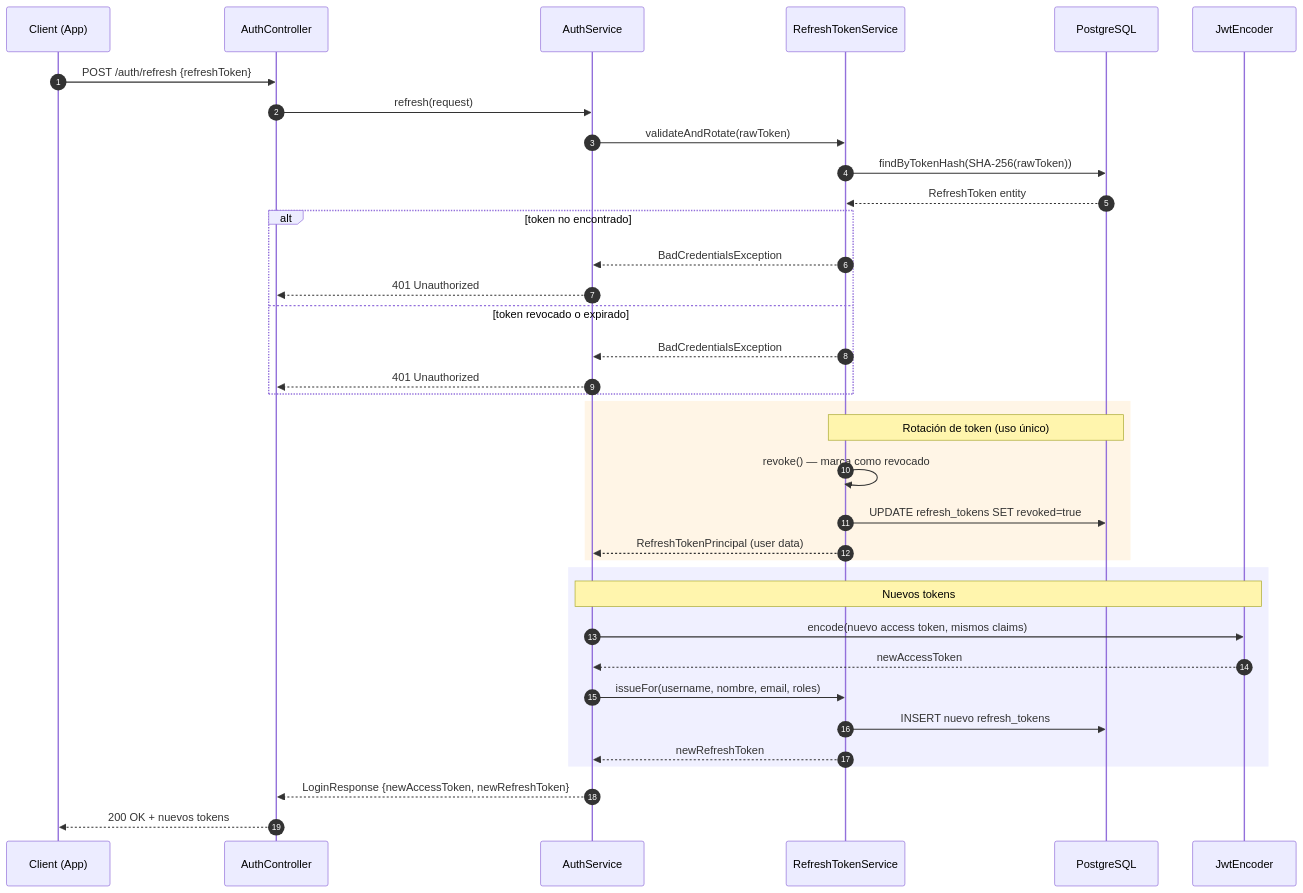
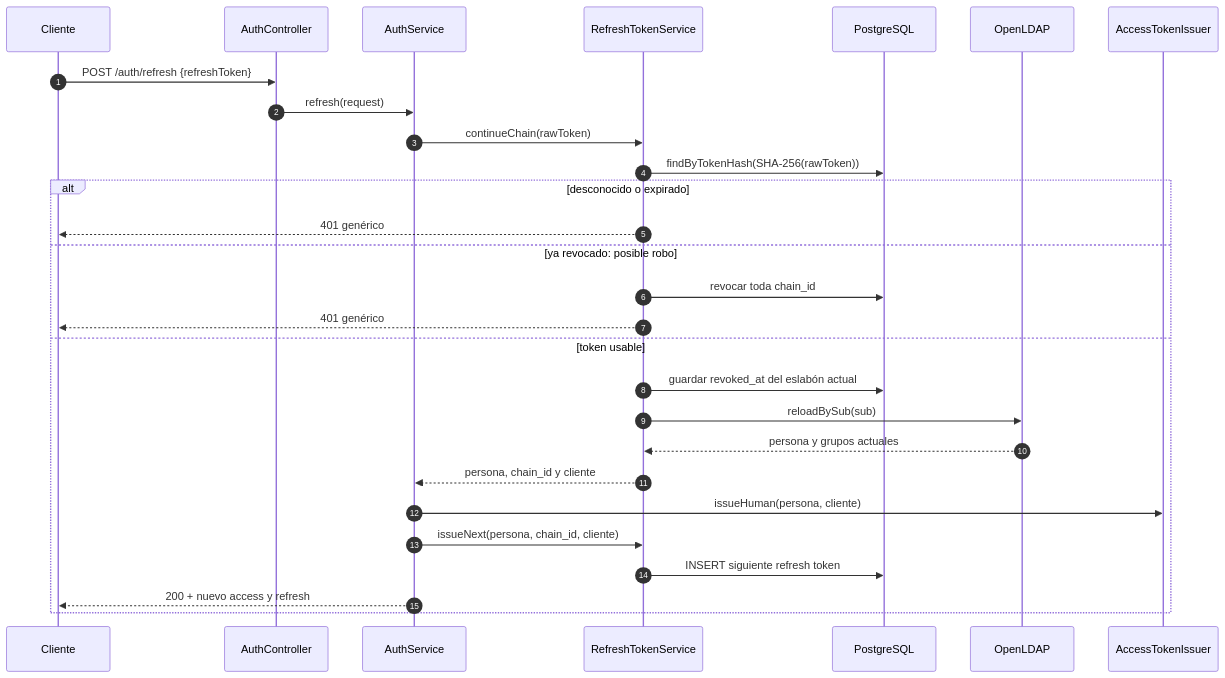
Before and after one commit to CityPass-Login-Federado/CityPass_Login_Backend: the diagram in login-federado/docs/diagrams/05-sequence-refresh.md, drawn with Mermaid. The commit also changed other lines of this file and 20 other files, not shown here.

Commit message:
TASK-171-Actualización de Documentación Técnica y Diagramas UML Finales

````diff
--- a/login-federado/docs/diagrams/05-sequence-refresh.md
+++ b/login-federado/docs/diagrams/05-sequence-refresh.md
@@ -3,45 +3,32 @@
 ```mermaid
 sequenceDiagram
     autonumber
-    participant C as Client (App)
+    participant C as Cliente
     participant AC as AuthController
     participant AS as AuthService
     participant RTS as RefreshTokenService
     participant DB as PostgreSQL
-    participant JWT as JwtEncoder
+    participant LDAP as OpenLDAP
+    participant JWT as AccessTokenIssuer
 
     C->>AC: POST /auth/refresh {refreshToken}
     AC->>AS: refresh(request)
+    AS->>RTS: continueChain(rawToken)
+    RTS->>DB: findByTokenHash(SHA-256(rawToken))
 
-    AS->>RTS: validateAndRotate(rawToken)
-    RTS->>DB: findByTokenHash(SHA-256(rawToken))
-    DB-->>RTS: RefreshToken entity
-
-    alt token no encontrado
-        RTS-->>AS: BadCredentialsException
-        AS-->>AC: 401 Unauthorized
-    else token revocado o expirado
-        RTS-->>AS: BadCredentialsException
-        AS-->>AC: 401 Unauthorized
+    alt desconocido o expirado
+        RTS-->>C: 401 genérico
+    else ya revocado: posible robo
+        RTS->>DB: revocar toda chain_id
+        RTS-->>C: 401 genérico
+    else token usable
+        RTS->>DB: guardar revoked_at del eslabón actual
+        RTS->>LDAP: reloadBySub(sub)
+        LDAP-->>RTS: persona y grupos actuales
+        RTS-->>AS: persona, chain_id y cliente
+        AS->>JWT: issueHuman(persona, cliente)
+        AS->>RTS: issueNext(persona, chain_id, cliente)
+        RTS->>DB: INSERT siguiente refresh token
+        AS-->>C: 200 + nuevo access y refresh
     end
-
-    rect rgb(255, 245, 230)
-        Note over RTS,DB: Rotación de token (uso único)
-        RTS->>RTS: revoke() — marca como revocado
-        RTS->>DB: UPDATE refresh_tokens SET revoked=true
-        RTS-->>AS: RefreshTokenPrincipal (user data)
-    end
-
-    rect rgb(240, 240, 255)
-        Note over AS,JWT: Nuevos tokens
-        AS->>JWT: encode(nuevo access token, mismos claims)
-        JWT-->>AS: newAccessToken
-
-        AS->>RTS: issueFor(username, nombre, email, roles)
-        RTS->>DB: INSERT nuevo refresh_tokens
-        RTS-->>AS: newRefreshToken
-    end
-
-    AS-->>AC: LoginResponse {newAccessToken, newRefreshToken}
-    AC-->>C: 200 OK + nuevos tokens
 ```
````
